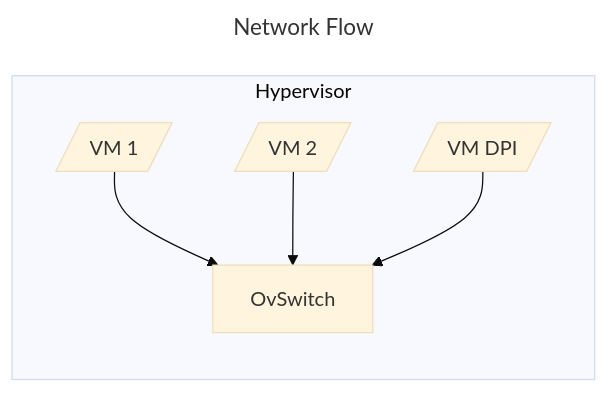
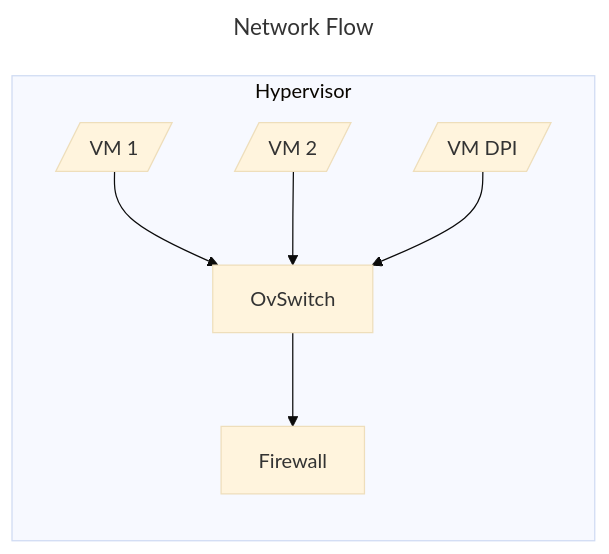
Before and after one commit to Zai4ikManiak/Cyber-Security-Study: the diagram in Monitoring/README.md, drawn with Mermaid (base theme).

Commit message:
modified:   README.md

````diff
--- a/Monitoring/README.md
+++ b/Monitoring/README.md
@@ -3,16 +3,18 @@
 ```mermaid
 ---
 title: Network Flow
 ---
 flowchart LR
     
     subgraph hyper["Hypervisor"]
         vm_1["VM 1"]@{ shape: lean-r }
         vm_2["VM 2"]@{ shape: lean-r }
         vm_DPI["VM DPI"]@{ shape: lean-r }
         
         vm_1 --> ovs["OvSwitch"]
         vm_2 --> ovs
         vm_DPI --> ovs
+
+        ovs --> fire["Firewall"]
     end
 ```
````
